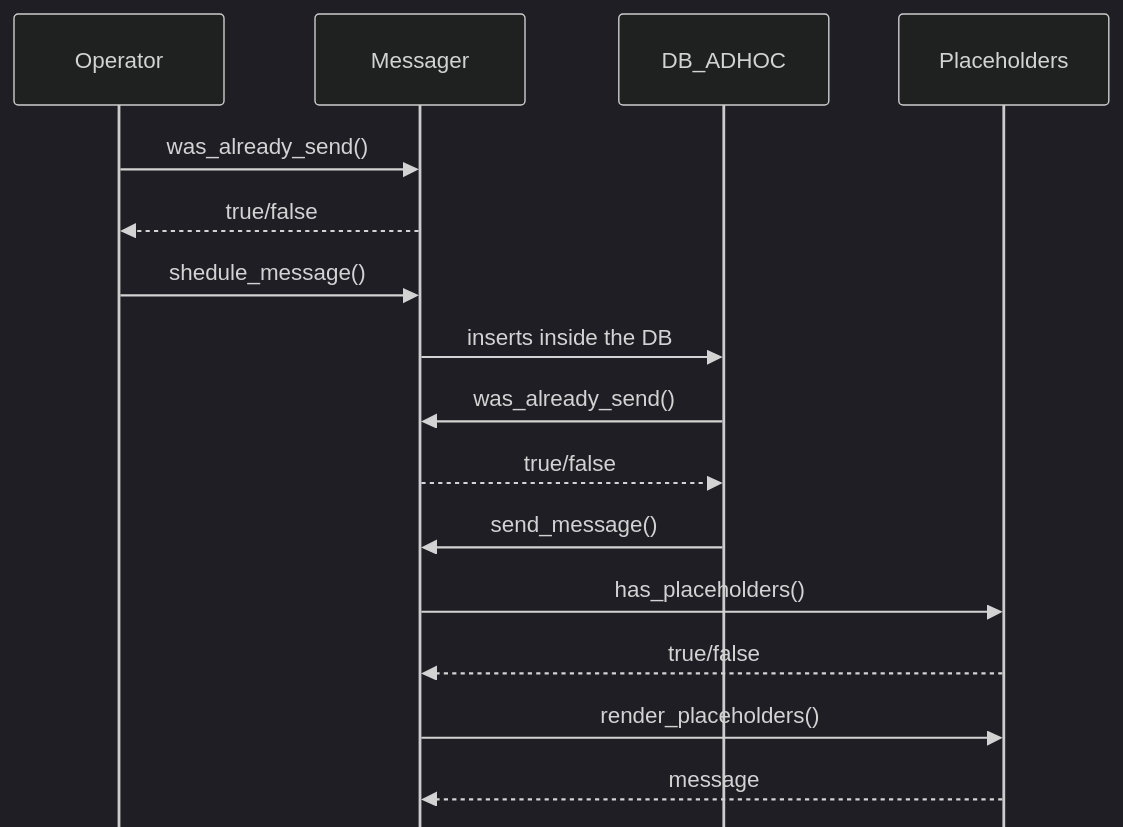
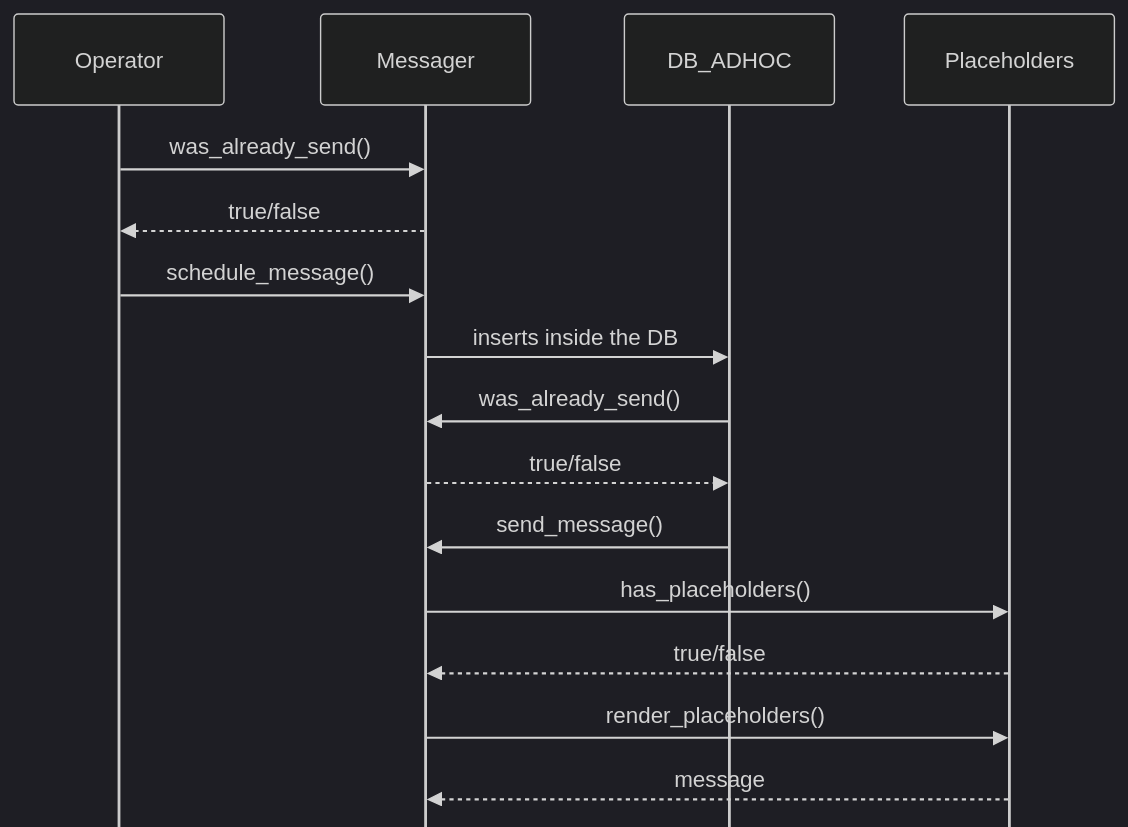
Before and after one commit to Wunderbyte-GmbH/Moodle-local_taskflow: the diagram in classes/local/messages/messages_info.md, drawn with Mermaid. The commit also changed 20 other files, not shown here.

````diff
--- a/classes/local/messages/messages_info.md
+++ b/classes/local/messages/messages_info.md
@@ -1,29 +1,29 @@
 ```mermaid
     %%{init: {
     "theme": "dark",
     "sequence": {
         "mirrorActors": false,
         "showSequenceNumbers": false
     }
     }}%%
     sequenceDiagram
         participant Operator
         participant Messager
         participant DB_ADHOC
         participant Placeholders
 
         Operator->>Messager: was_already_send()
         Messager-->>Operator: true/false
 
-        Operator->>Messager: shedule_message()
+        Operator->>Messager: schedule_message()
         Messager->>DB_ADHOC: inserts inside the DB
 
         DB_ADHOC->>Messager: was_already_send()
         Messager-->>DB_ADHOC: true/false
         DB_ADHOC->>Messager: send_message()
 
         Messager->>Placeholders: has_placeholders()
         Placeholders-->>Messager: true/false
         Messager->>Placeholders: render_placeholders()
         Placeholders-->>Messager: message
 ```
````
